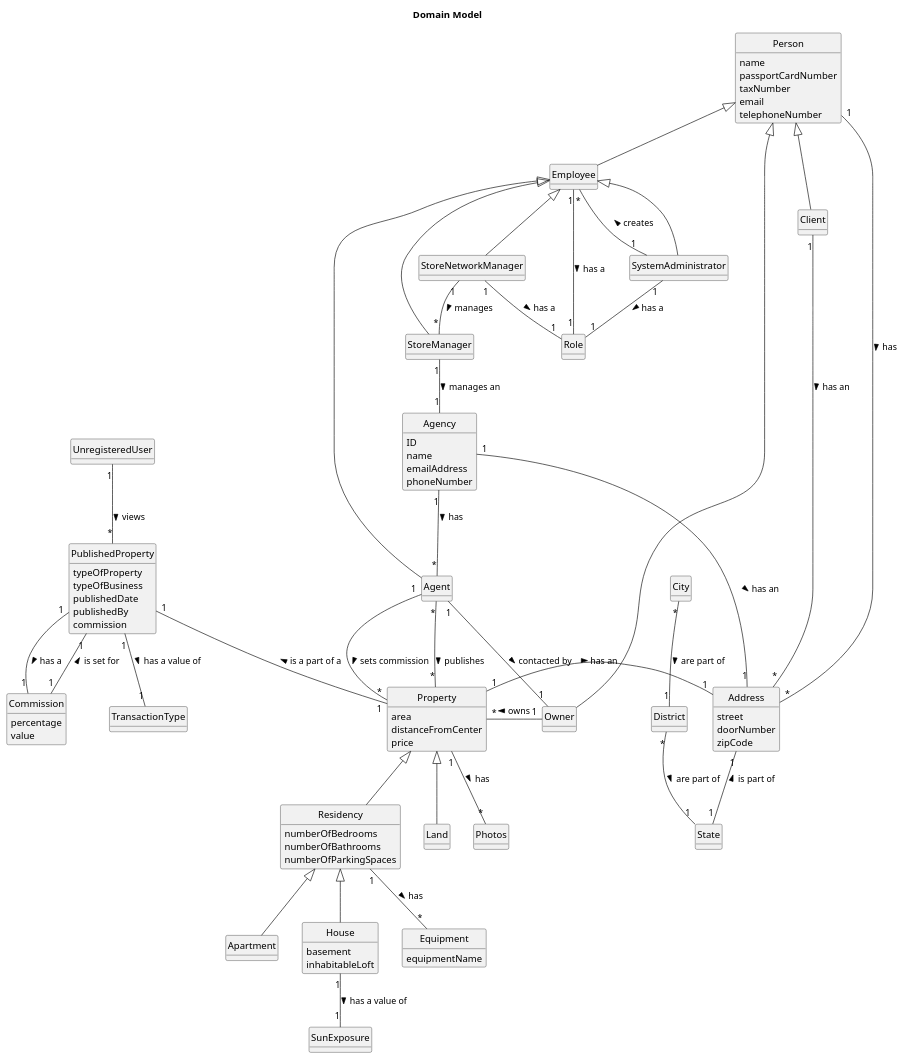
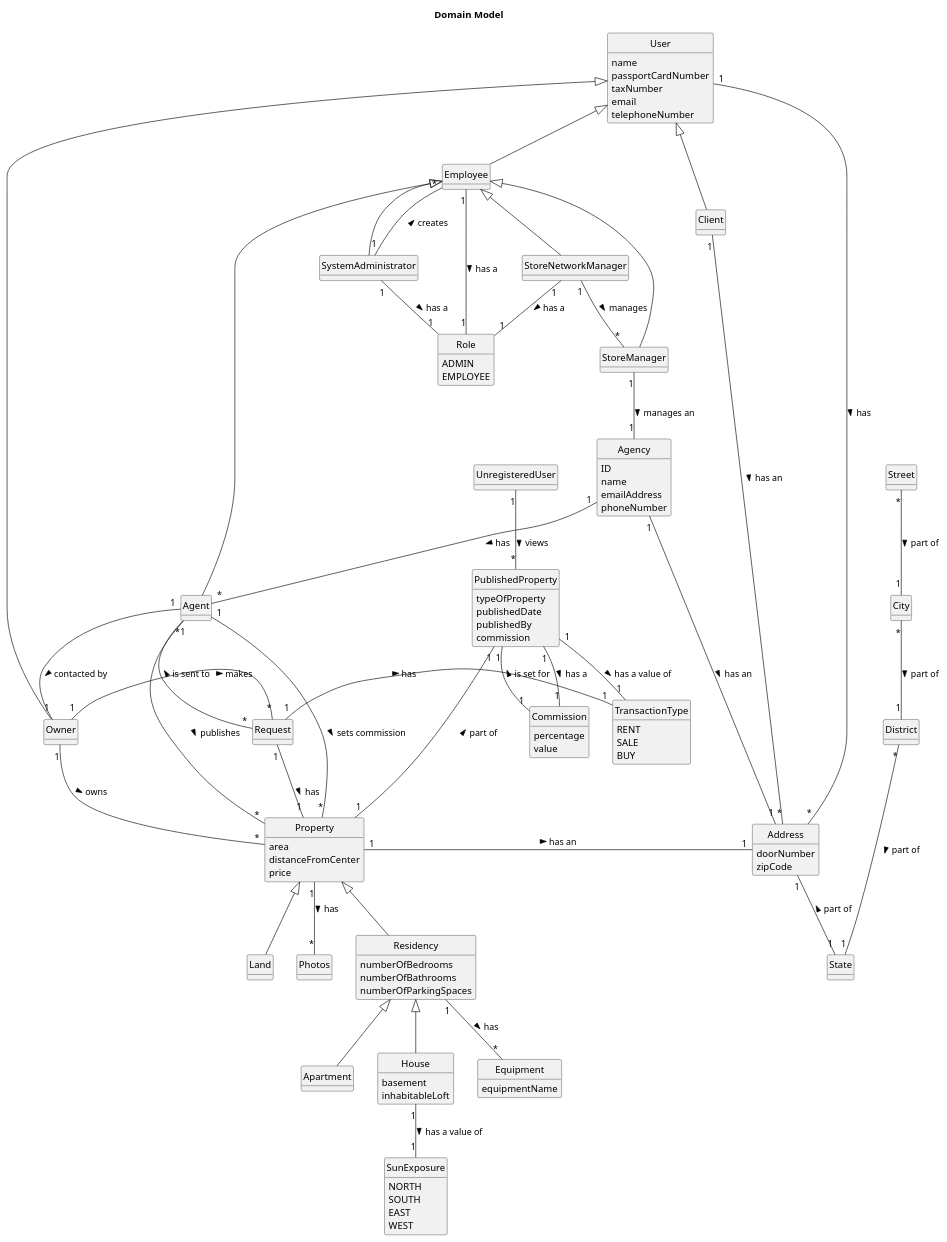
One commit to Goncalves2525/real-estate-management-system changed the diagram in docs/sprintB/global-artifacts/02.analysis/puml/project-domain-model.puml. Above: the diagram before and after it, drawn with PlantUML. The commit also changed 6 other files, not shown here.

```diff
--- a/docs/sprintB/global-artifacts/02.analysis/puml/project-domain-model.puml
+++ b/docs/sprintB/global-artifacts/02.analysis/puml/project-domain-model.puml
@@ -1,150 +1,166 @@
 @startuml
 skinparam monochrome true
 skinparam packageStyle rectangle
 skinparam shadowing false
 skinparam classAttributeIconSize 0
 'skinparam linetype ortho
 hide circle
 hide methods
 
 title Domain Model
 
-class Client extends Person{
+class Client extends User{
 }
 
-class Owner extends Person {
+class Owner extends User {
 }
 
-class Employee extends Person{
+class Employee extends User{
 }
 
 class Agent extends Employee{
 }
 
-class Person{
+class User{
     name
     passportCardNumber
     taxNumber
     email
     telephoneNumber
 }
 
 class Agency{
     ID
     name
     emailAddress
     phoneNumber
 }
 
 class Property{
     area
     distanceFromCenter
     price
 }
 
 class Photos {
 }
 
 class Address{
-    street
     doorNumber
     zipCode
+}
+
+class Street{
 }
 
 class City{
 }
 
 class District{
 }
 
 class State{
 }
 
 class Apartment extends Residency{
 }
 
 class House extends Residency{
     basement
     inhabitableLoft
 }
 
 class Residency extends Property{
     numberOfBedrooms
     numberOfBathrooms
     numberOfParkingSpaces
 
 }
 
 class PublishedProperty{
     typeOfProperty
-    typeOfBusiness
     publishedDate
     publishedBy
     commission
 }
 
 class Commission{
     percentage
     value
 }
 
 class Land extends Property{
 }
 
 class Equipment{
     equipmentName
 }
 
 class Role{
+ADMIN
+EMPLOYEE
 }
 
 class SystemAdministrator extends Employee{
 }
 
 class StoreManager extends Employee{
 }
 
 class StoreNetworkManager extends Employee{
 }
 
 class SunExposure{
+NORTH
+SOUTH
+EAST
+WEST
 }
 
 class TransactionType{
+RENT
+SALE
+BUY
 }
 
 class UnregisteredUser{
+}
+
+class Request{
 }
 
 
 StoreNetworkManager "1" -- "*" StoreManager: manages >
 Agency "1" -- "*" Agent: has >
 SystemAdministrator "1" -- "*" Employee: creates >
 Employee "1" -- "1" Role: has a >
 SystemAdministrator "1" -- "1" Role: has a >
 StoreNetworkManager "1" -- "1" Role: has a >
 Agent "1" -- "1" Owner : contacted by >
 Agent "*" - "*" Property: publishes >
 Agent "1" - "*" Property: sets commission >
-Owner "1" - "*" Property: owns >
-Address "1" -- "1" State : is part of <
-City "*" -- "1" District : are part of >
-District "*" -- "1" State : are part of >
+Owner "1" -- "*" Property: owns >
+Owner "1" - "*" Request: makes >
+Request "*" -- "1" Agent: is sent to >
+Request "1" - "1" Property: has >
+Request "1" - "1" TransactionType: has >
+Address "1" -- "1" State : part of <
+City "*" -- "1" District : part of >
+Street "*" -- "1" City : part of >
+District "*" --- "1" State : part of >
 Client "1" -- "*" Address: has an >
 Property "1" -- "*" Photos: has >
 PublishedProperty "1" -- "1" Commission: is set for <
-'House "1" -- "*" Equipment: has >
-'Apartment "1" -- "*" Equipment: has >
 Residency "1" -- "*" Equipment: has >
-PublishedProperty "1" -- "1" Property: is a part of a <
-Person "1" -- "*" Address: has >
+PublishedProperty "1" -- "1" Property: part of <
+User "1" -- "*" Address: has >
 Property "1" - "1" Address: has an >
 PublishedProperty "1" -- "1" Commission : has a >
 StoreManager "1" -- "1" Agency: manages an >
 House "1" -- "1" SunExposure: has a value of >
 PublishedProperty "1" -- "1" TransactionType: has a value of >
 Agency "1" -- "1" Address: has an >
 UnregisteredUser "1" -- "*" PublishedProperty: views >
 
 
 @enduml
```
